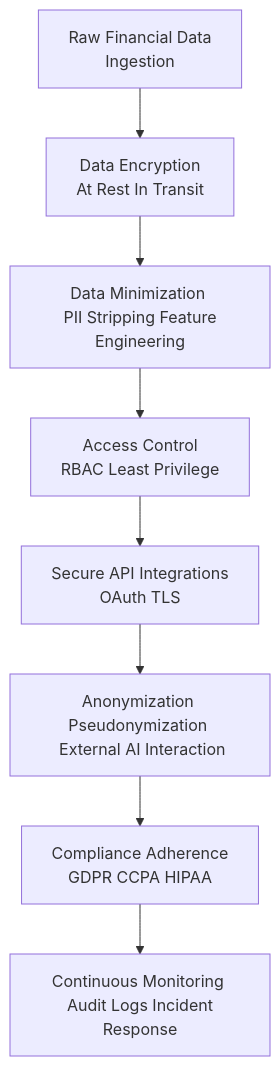
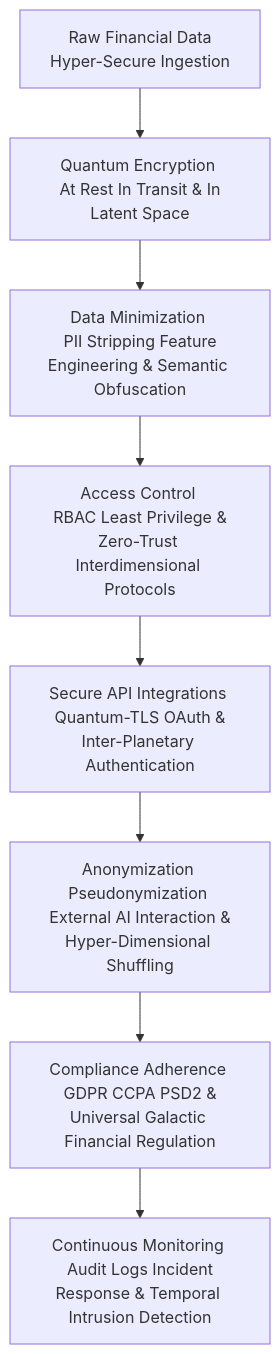
Before and after one commit to diplomat-bit/Citibank_Demo_Business_Inc_Demonstration-: the tenth of 10 diagrams in inventions/inventions/006_ai_subscription_detection/007_ai_subscription_optimization.md, drawn with Mermaid. The commit also changed other lines of this file, not shown here.

````diff
--- a/inventions/inventions/006_ai_subscription_detection/007_ai_subscription_optimization.md
+++ b/inventions/inventions/006_ai_subscription_detection/007_ai_subscription_optimization.md
@@ -293,10 +310,10 @@
 ```mermaid
 graph TD
-    A[Raw Financial Data <br/> Ingestion] --> B[Data Encryption <br/> At Rest In Transit]
-    B --> C[Data Minimization <br/> PII Stripping Feature Engineering]
-    C --> D[Access Control <br/> RBAC Least Privilege]
-    D --> E[Secure API Integrations <br/> OAuth TLS]
-    E --> F[Anonymization Pseudonymization <br/> External AI Interaction]
-    F --> G[Compliance Adherence <br/> GDPR CCPA HIPAA]
-    G --> H[Continuous Monitoring <br/> Audit Logs Incident Response]
+    A[Raw Financial Data <br/> Hyper-Secure Ingestion] --> B[Quantum Encryption <br/> At Rest In Transit & In Latent Space]
+    B --> C[Data Minimization <br/> PII Stripping Feature Engineering & Semantic Obfuscation]
+    C --> D[Access Control <br/> RBAC Least Privilege & Zero-Trust Interdimensional Protocols]
+    D --> E[Secure API Integrations <br/> Quantum-TLS OAuth & Inter-Planetary Authentication]
+    E --> F[Anonymization Pseudonymization <br/> External AI Interaction & Hyper-Dimensional Shuffling]
+    F --> G[Compliance Adherence <br/> GDPR CCPA PSD2 & Universal Galactic Financial Regulation]
+    G --> H[Continuous Monitoring <br/> Audit Logs Incident Response & Temporal Intrusion Detection]
 ```
````
